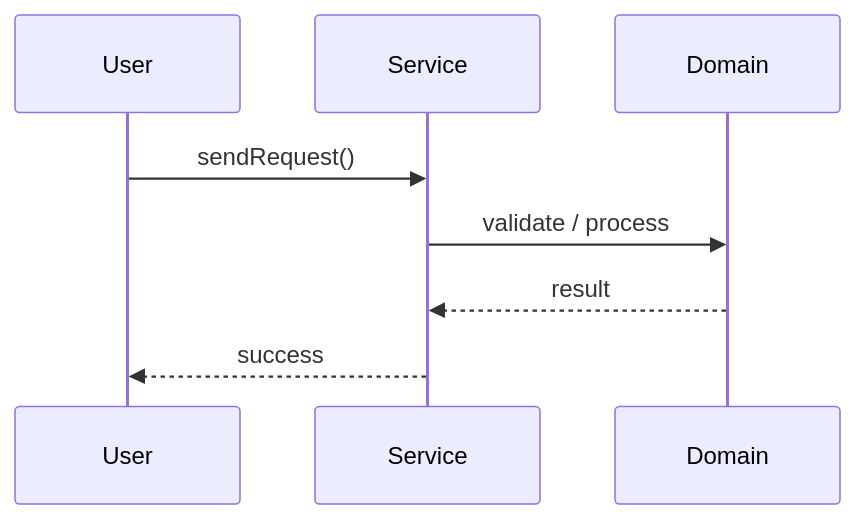
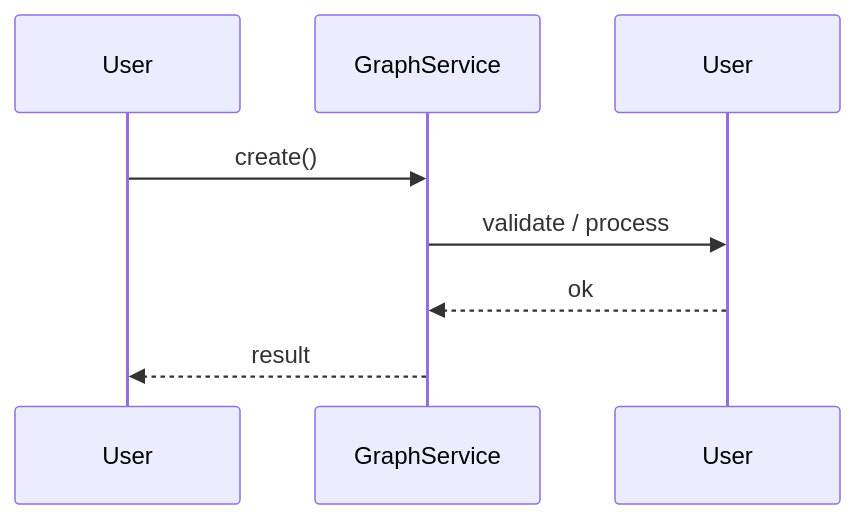
The second of 3 diagrams in Learn/System Design - Low Level Design/02-classic-ood/questions/Q44-social-graph.md (madhupaila/Interview-Prep-SSE), drawn with Mermaid before and after one commit. The commit also changed other lines of this file and 491 other files, not shown here.

````diff
--- a/Learn/System Design - Low Level Design/02-classic-ood/questions/Q44-social-graph.md
+++ b/Learn/System Design - Low Level Design/02-classic-ood/questions/Q44-social-graph.md
@@ -122,10 +151,10 @@
 ```mermaid
 sequenceDiagram
-    participant U as User
-    participant S as Service
-    participant D as Domain
-    U->>S: sendRequest()
-    S->>D: validate / process
-    D-->>S: result
-    S-->>U: success
+participant U as User
+participant S as GraphService
+participant D as User
+U->>S: create()
+S->>D: validate / process
+D-->>S: ok
+S-->>U: result
 ```
````
